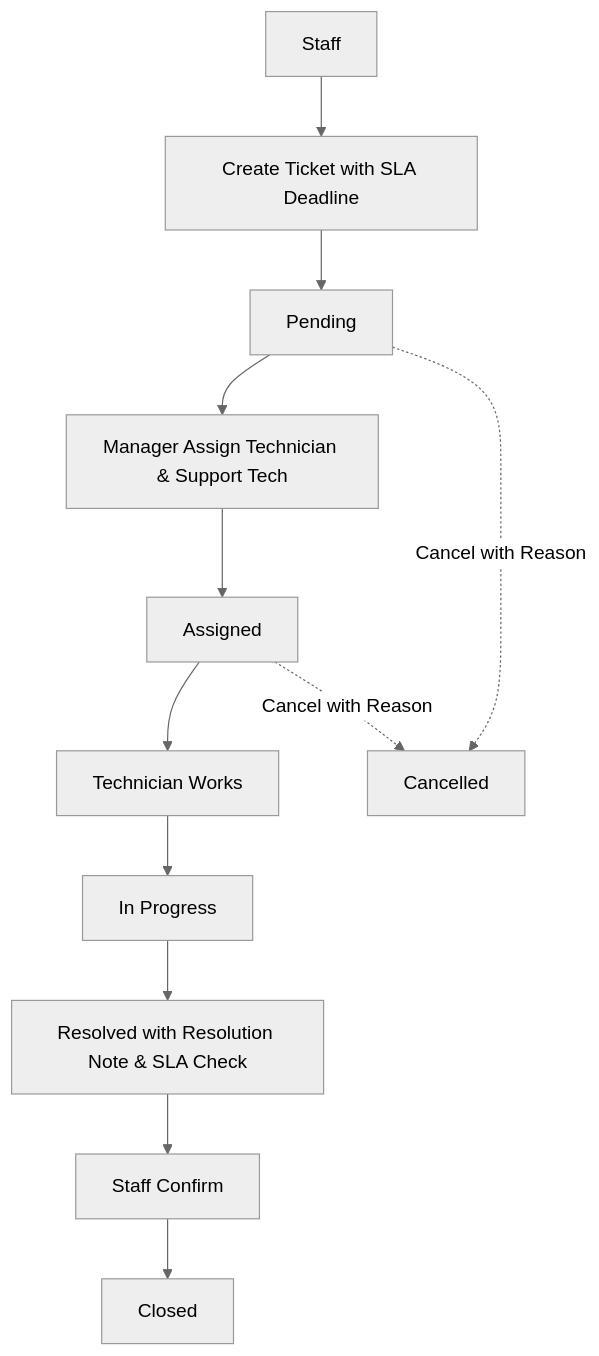
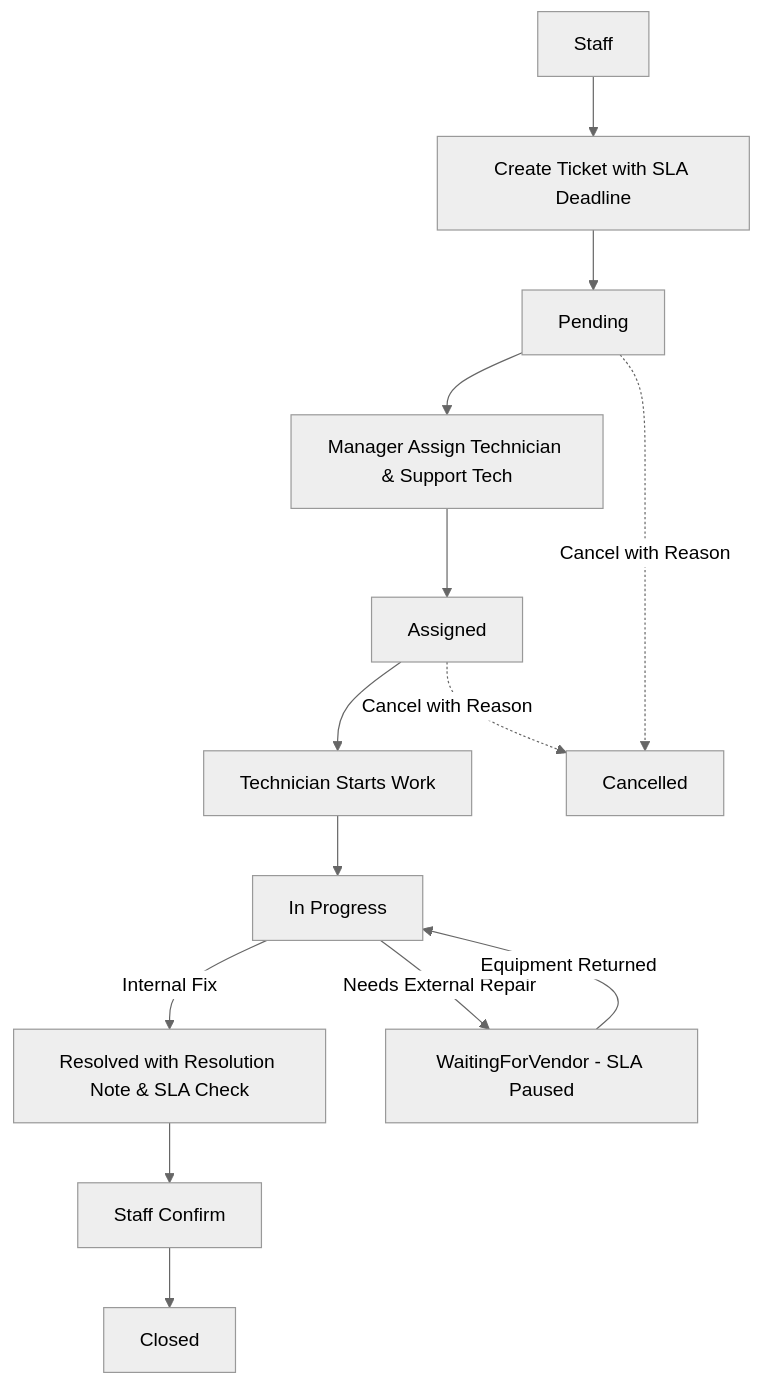
One commit to hoaiiann0804/internal-maintenance-management-system changed the diagram in README.md. Above: the diagram before and after it, drawn with Mermaid (neutral theme). The commit also changed other lines of this file and 1 other file, not shown here.

First line of the commit message:
feat(reports): restrict manager data scope and update roadmap

````diff
--- a/README.md
+++ b/README.md
@@ -225,14 +198,16 @@
 ```mermaid
 flowchart TB
     A[Staff] --> B[Create Ticket with SLA Deadline]
     B --> C[Pending]
     C --> D[Manager Assign Technician & Support Tech]
     D --> E[Assigned]
-    E --> F[Technician Works]
+    E --> F[Technician Starts Work]
     F --> G[In Progress]
-    G --> H[Resolved with Resolution Note & SLA Check]
+    G -->|Internal Fix| H[Resolved with Resolution Note & SLA Check]
+    G -->|Needs External Repair| V[WaitingForVendor - SLA Paused]
+    V -->|Equipment Returned| G
     H --> I[Staff Confirm]
     I --> J[Closed]
     C -. Cancel with Reason .-> K[Cancelled]
     E -. Cancel with Reason .-> K
 ```
````
